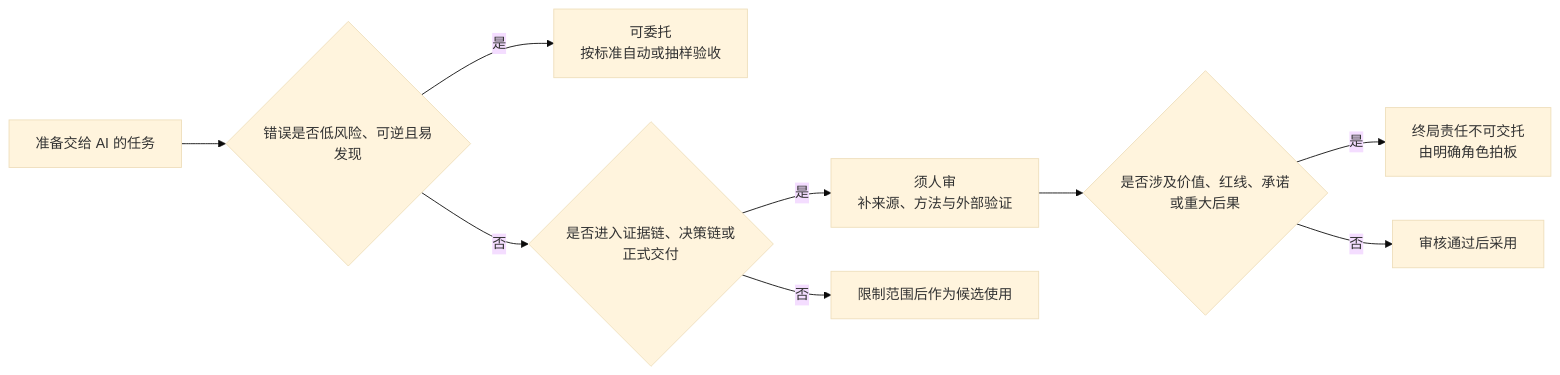
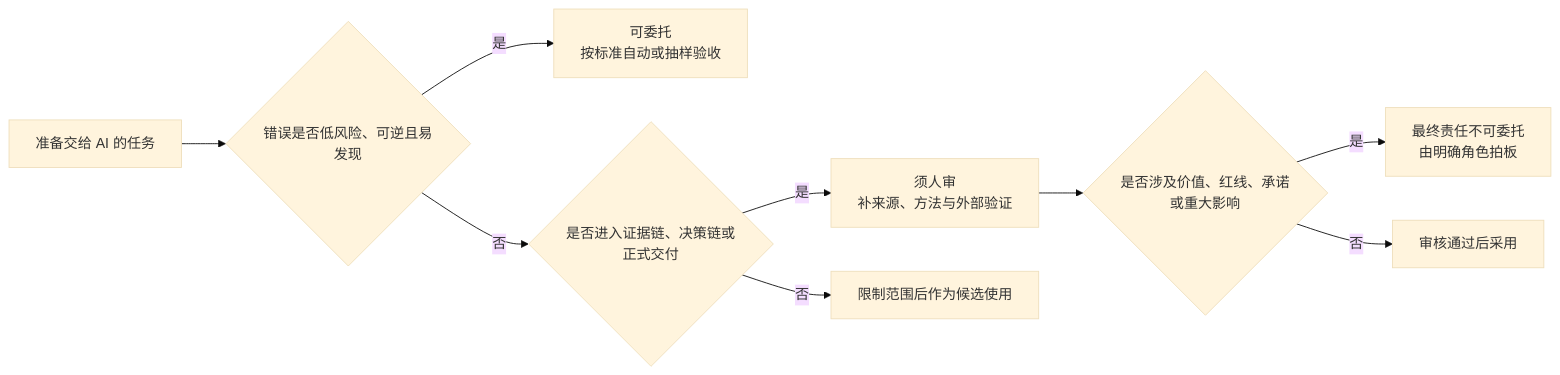
The third of 4 diagrams in _posts/informal/2026-07-25-trust-and-responsibility.md (wenxin195/wenxin195.github.io), drawn with Mermaid (base theme) before and after one commit. The commit also changed other lines of this file, not shown here.

````diff
--- a/_posts/informal/2026-07-25-trust-and-responsibility.md
+++ b/_posts/informal/2026-07-25-trust-and-responsibility.md
@@ -129,11 +148,11 @@
 ```mermaid
   flowchart LR
     A[准备交给 AI 的任务] --> B{错误是否低风险、可逆且易发现}
     B -->|是| C[可委托<br/>按标准自动或抽样验收]
     B -->|否| D{是否进入证据链、决策链或正式交付}
     D -->|是| E[须人审<br/>补来源、方法与外部验证]
     D -->|否| F[限制范围后作为候选使用]
-    E --> G{是否涉及价值、红线、承诺或重大后果}
-    G -->|是| H[终局责任不可交托<br/>由明确角色拍板]
+    E --> G{是否涉及价值、红线、承诺或重大影响}
+    G -->|是| H[最终责任不可委托<br/>由明确角色拍板]
     G -->|否| I[审核通过后采用]
 ```
````
